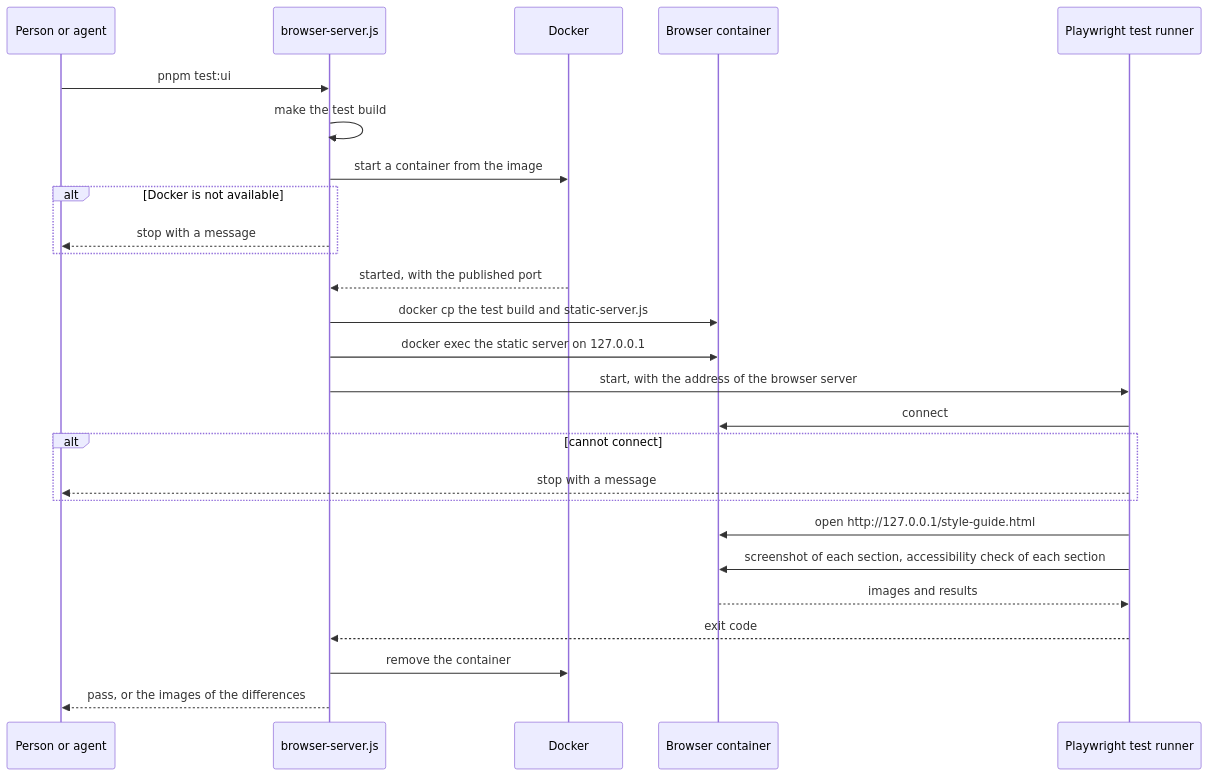
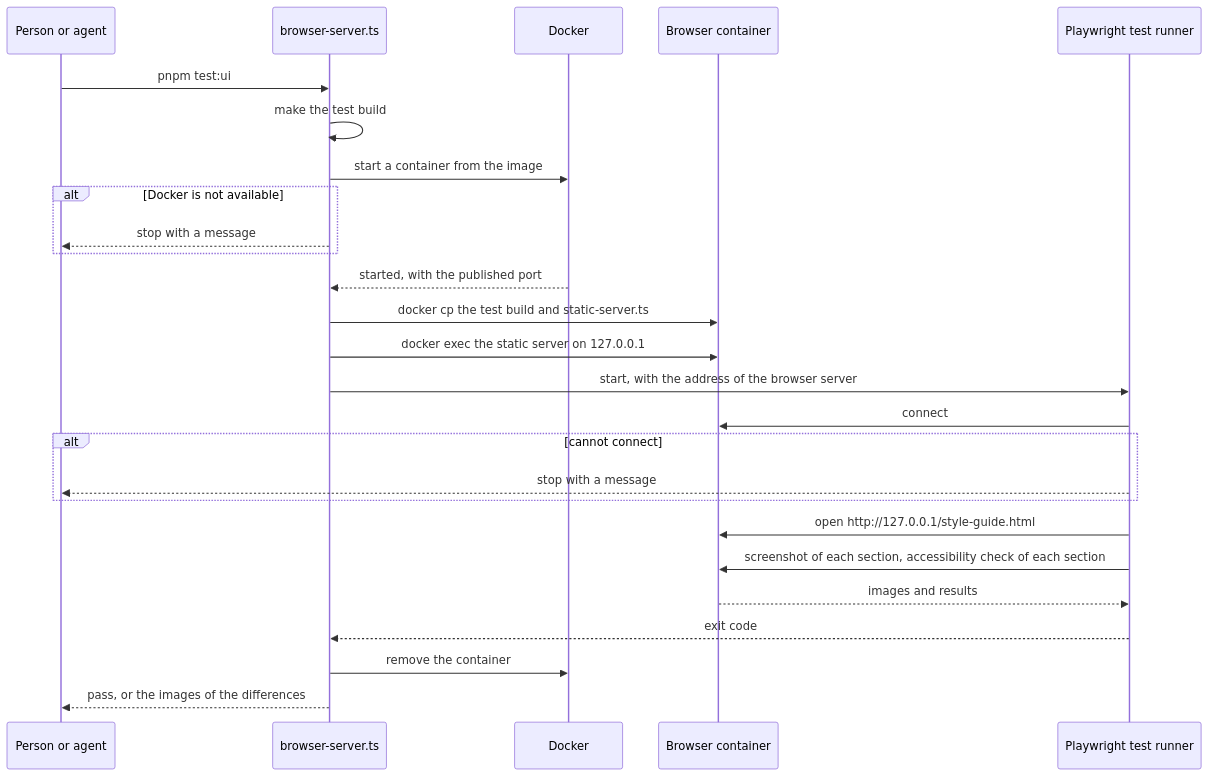
The diagram in openspec/changes/496-workbench-design-system/design.md (twin-digital/opus), drawn with Mermaid before and after one commit. The commit also changed other lines of this file and 14 other files, not shown here.

````diff
--- a/openspec/changes/496-workbench-design-system/design.md
+++ b/openspec/changes/496-workbench-design-system/design.md
@@ -192,29 +192,29 @@
 ```mermaid
 sequenceDiagram
   participant P as Person or agent
-  participant S as browser-server.js
+  participant S as browser-server.ts
   participant D as Docker
   participant B as Browser container
   participant T as Playwright test runner
 
   P->>S: pnpm test:ui
   S->>S: make the test build
   S->>D: start a container from the image
   alt Docker is not available
     S-->>P: stop with a message
   end
   D-->>S: started, with the published port
-  S->>B: docker cp the test build and static-server.js
+  S->>B: docker cp the test build and static-server.ts
   S->>B: docker exec the static server on 127.0.0.1
   S->>T: start, with the address of the browser server
   T->>B: connect
   alt cannot connect
     T-->>P: stop with a message
   end
   T->>B: open http://127.0.0.1/style-guide.html
   T->>B: screenshot of each section, accessibility check of each section
   B-->>T: images and results
   T-->>S: exit code
   S->>D: remove the container
   S-->>P: pass, or the images of the differences
 ```
````
